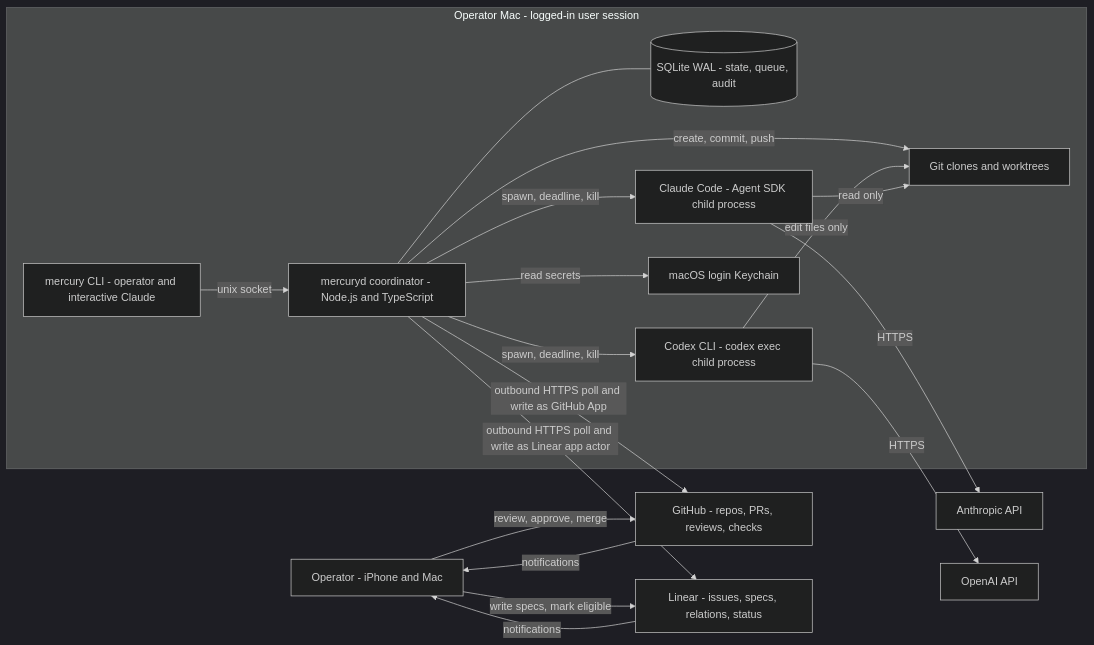
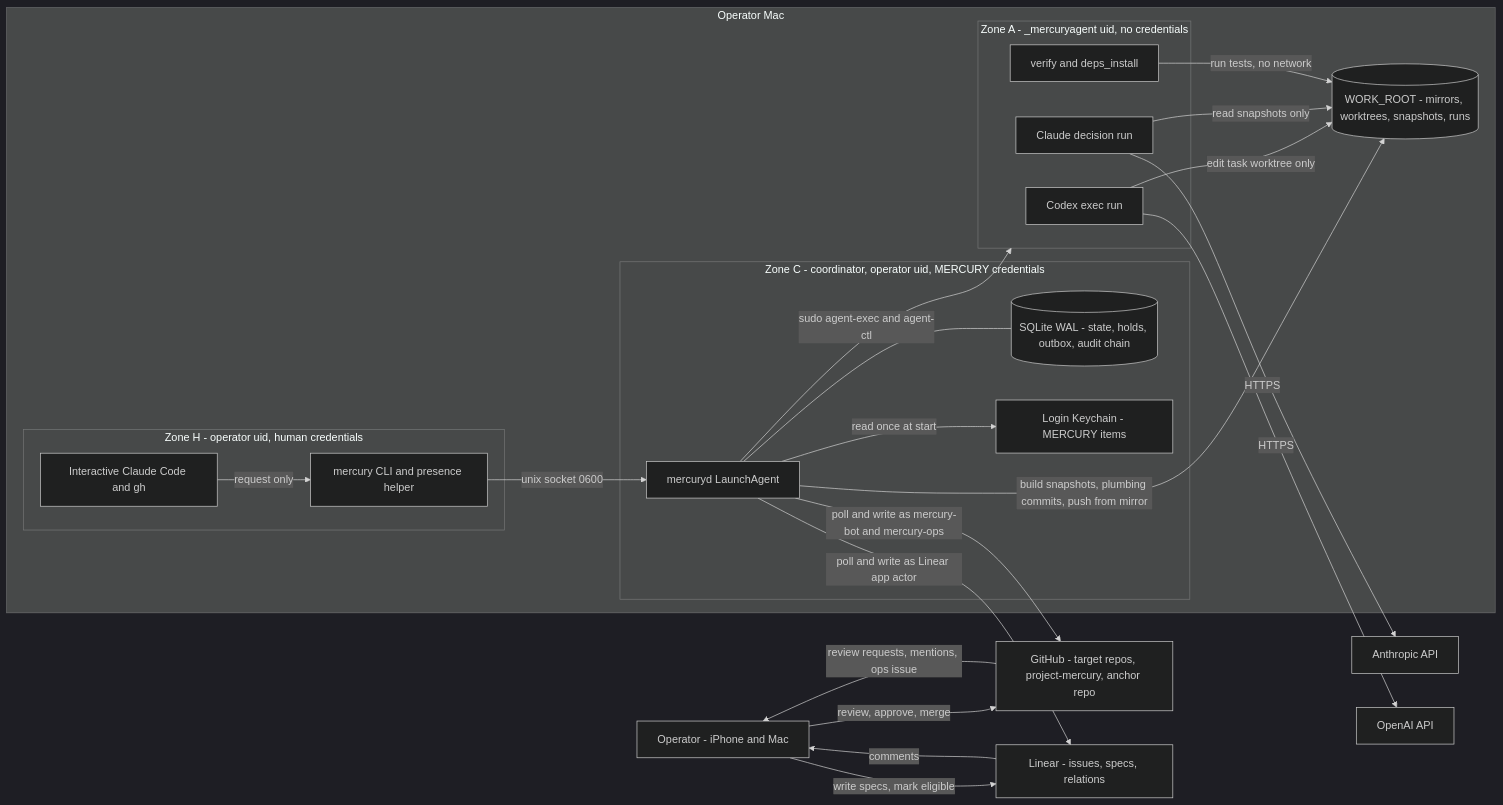
One commit to usjbro/Project-Mercury changed the first of 4 diagrams in docs/mercury/architecture/overview.md. Above: the diagram before and after it, drawn with Mermaid (dark theme). The commit also changed other lines of this file and 28 other files, not shown here.

First line of the commit message:
docs(mercury): phase 4 threat model revision (agent E)

````diff
--- a/docs/mercury/architecture/overview.md
+++ b/docs/mercury/architecture/overview.md
@@ -33,34 +46,43 @@
 ```mermaid
 flowchart LR
     OP["Operator - iPhone and Mac"]
-    subgraph MAC["Operator Mac - logged-in user session"]
-        MD["mercuryd coordinator - Node.js and TypeScript"]
-        DB[("SQLite WAL - state, queue, audit")]
-        CL["Claude Code - Agent SDK child process"]
-        CX["Codex CLI - codex exec child process"]
-        WT["Git clones and worktrees"]
-        KC["macOS login Keychain"]
-        CLI["mercury CLI - operator and interactive Claude"]
+    subgraph MAC["Operator Mac"]
+        subgraph ZH["Zone H - operator uid, human credentials"]
+            IC["Interactive Claude Code and gh"]
+            CLI["mercury CLI and presence helper"]
+        end
+        subgraph ZC["Zone C - coordinator, operator uid, MERCURY credentials"]
+            MD["mercuryd LaunchAgent"]
+            DB[("SQLite WAL - state, holds, outbox, audit chain")]
+            KC["Login Keychain - MERCURY items"]
+        end
+        subgraph ZA["Zone A - _mercuryagent uid, no credentials"]
+            CL["Claude decision run"]
+            CX["Codex exec run"]
+            VR["verify and deps_install"]
+        end
+        WR[("WORK_ROOT - mirrors, worktrees, snapshots, runs")]
     end
-    GH["GitHub - repos, PRs, reviews, checks"]
-    LN["Linear - issues, specs, relations, status"]
+    GH["GitHub - target repos, project-mercury, anchor repo"]
+    LN["Linear - issues, specs, relations"]
     AN["Anthropic API"]
     OA["OpenAI API"]
 
     MD --- DB
-    MD -->|spawn, deadline, kill| CL
-    MD -->|spawn, deadline, kill| CX
-    MD -->|create, commit, push| WT
-    CX -->|edit files only| WT
-    CL -->|read only| WT
-    MD -->|read secrets| KC
-    CLI -->|unix socket| MD
-    MD -->|outbound HTTPS poll and write as GitHub App| GH
-    MD -->|outbound HTTPS poll and write as Linear app actor| LN
+    MD -->|read once at start| KC
+    MD -->|sudo agent-exec and agent-ctl| ZA
+    MD -->|build snapshots, plumbing commits, push from mirror| WR
+    CX -->|edit task worktree only| WR
+    CL -->|read snapshots only| WR
+    VR -->|run tests, no network| WR
+    CLI -->|unix socket 0600| MD
+    IC -->|request only| CLI
+    MD -->|poll and write as mercury-bot and mercury-ops| GH
+    MD -->|poll and write as Linear app actor| LN
     CL -->|HTTPS| AN
     CX -->|HTTPS| OA
     OP -->|review, approve, merge| GH
     OP -->|write specs, mark eligible| LN
-    GH -->|notifications| OP
-    LN -->|notifications| OP
+    GH -->|review requests, mentions, ops issue| OP
+    LN -->|comments| OP
 ```
````
